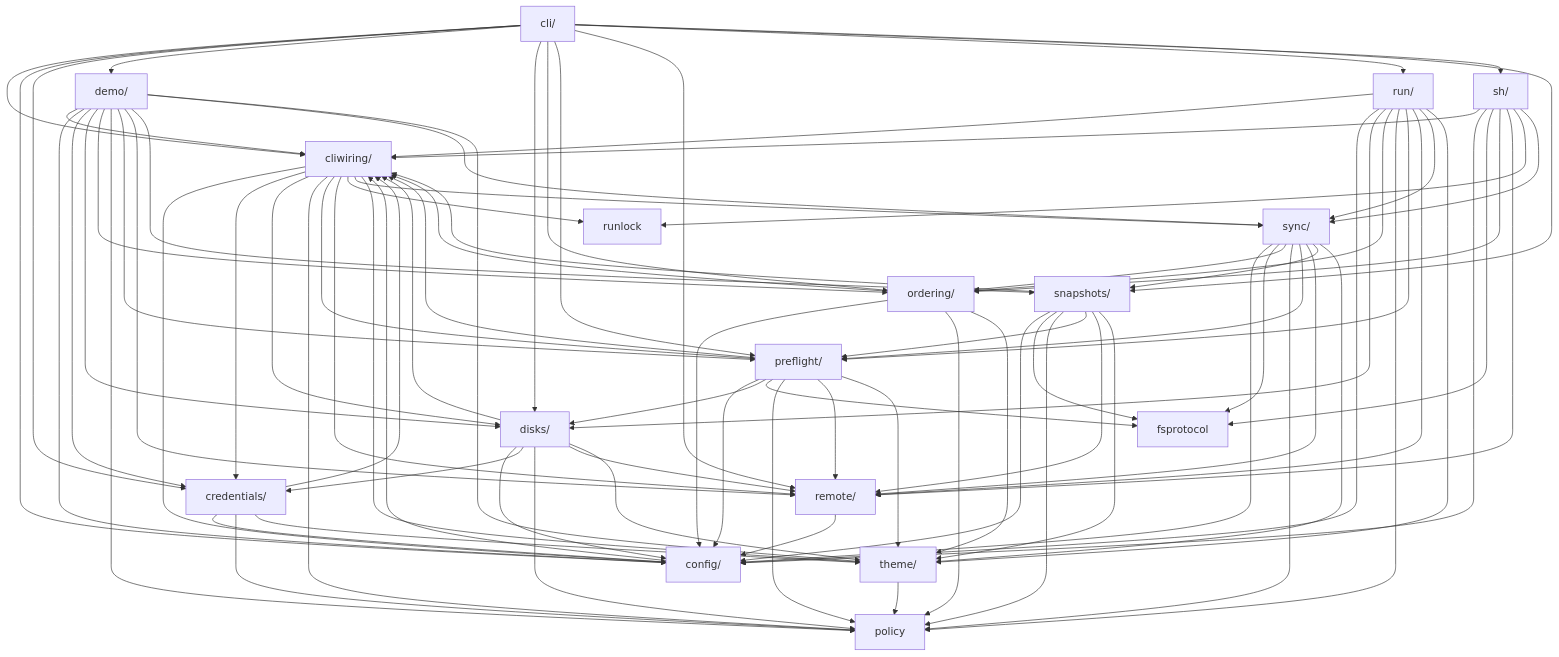
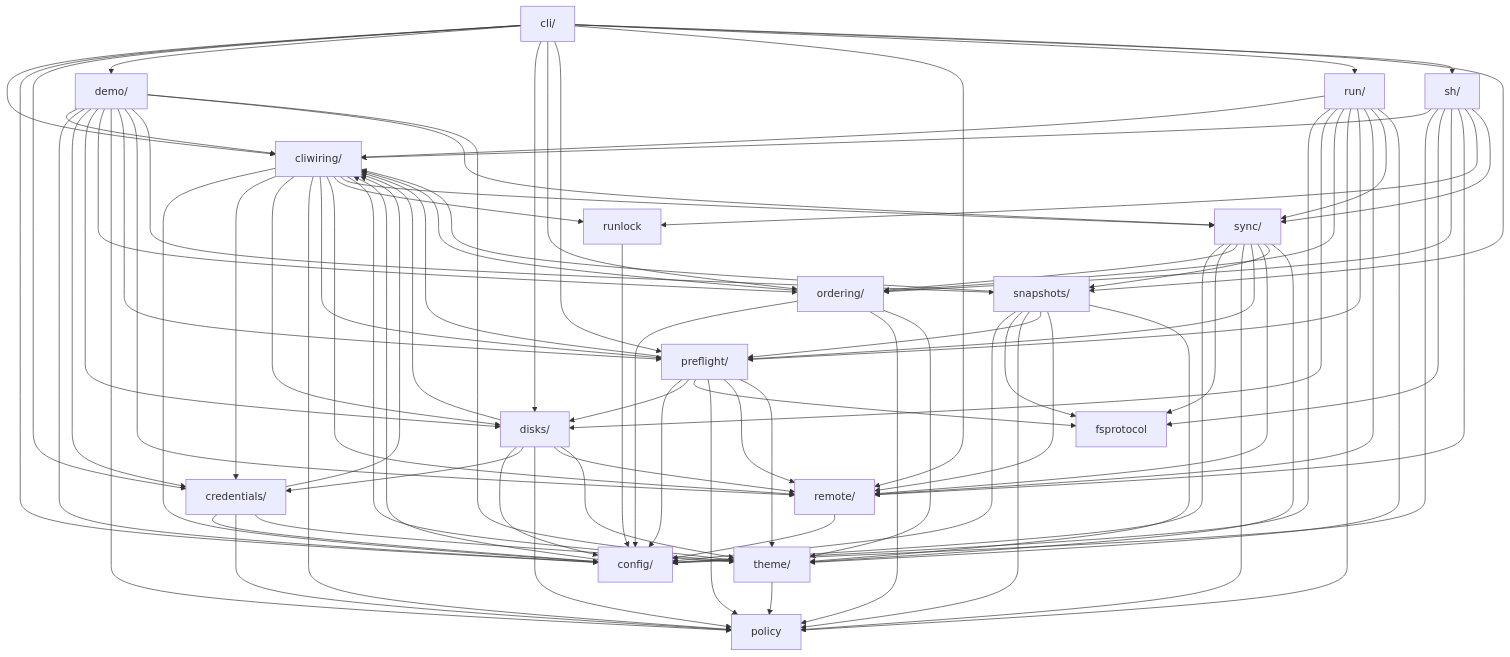
Before and after one commit to iglootools/nbkp: the diagram in docs/architecture.md, drawn with Mermaid. The commit also changed 4 other files, not shown here.

```diff
--- a/docs/architecture.md
+++ b/docs/architecture.md
@@ -185,6 +185,7 @@
     run --> remote
     run --> sync
     run --> theme
+    runlock --> config
     sh --> cliwiring
     sh --> config
     sh --> fsprotocol
```
